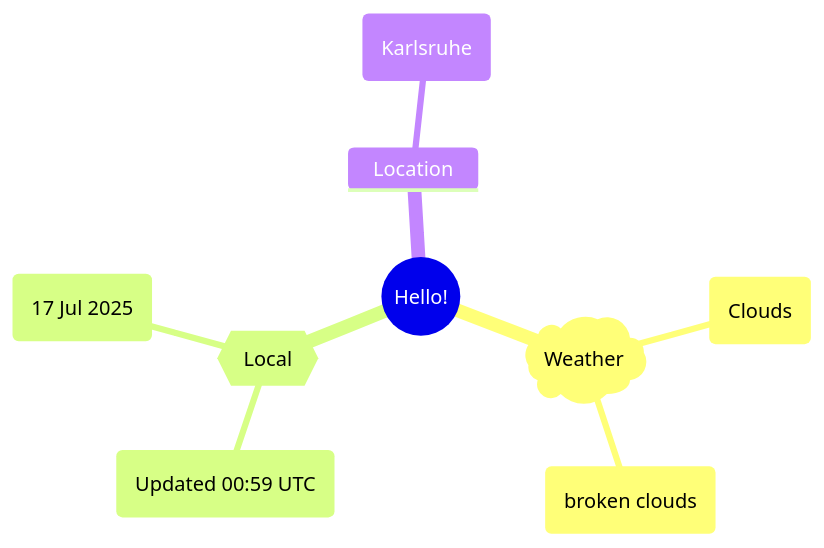
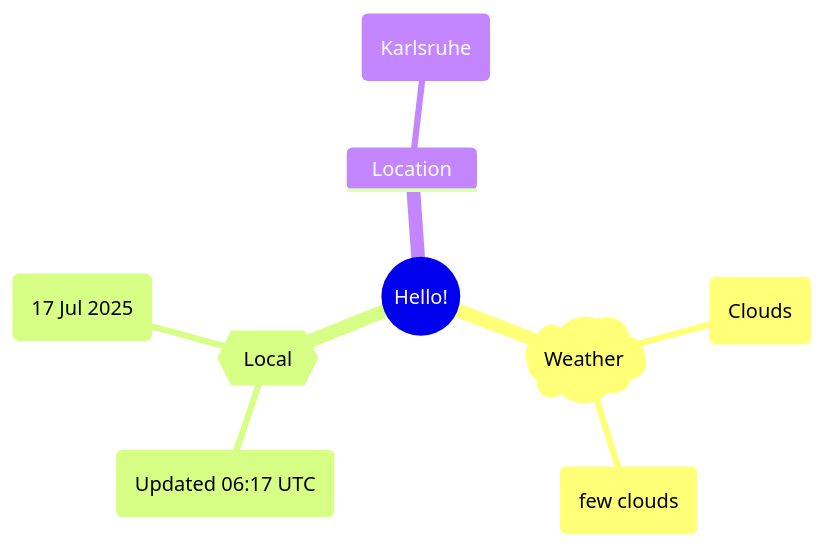
Before and after one commit to Xosrov/Xosrov: the first of 2 diagrams in README.md, drawn with Mermaid.

Commit message:
[bot] updated images

````diff
--- a/README.md
+++ b/README.md
@@ -3,12 +3,12 @@
 ```mermaid
 mindmap
   root((Hello!))
     )Weather(
         (Clouds)
-        (broken clouds)
+        (few clouds)
     {{Local}}
-        (Updated 00:59 UTC)
+        (Updated 06:17 UTC)
         (17 Jul 2025)
     Location
         (Karlsruhe)
 ```
````
